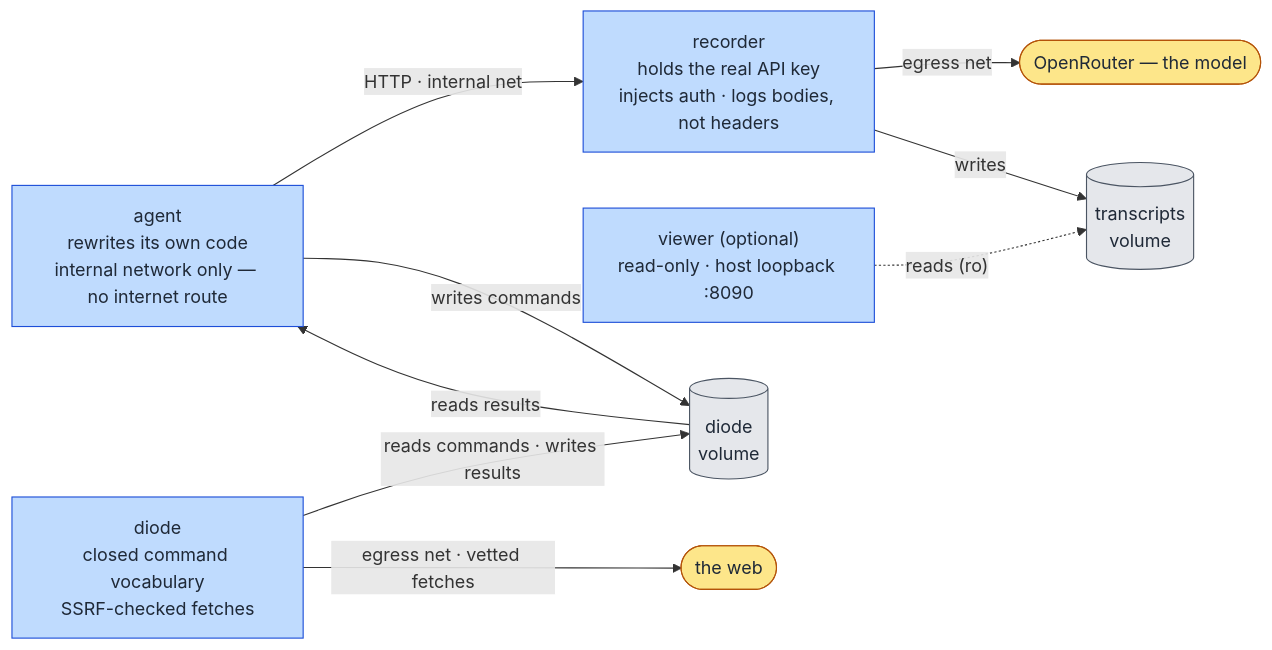
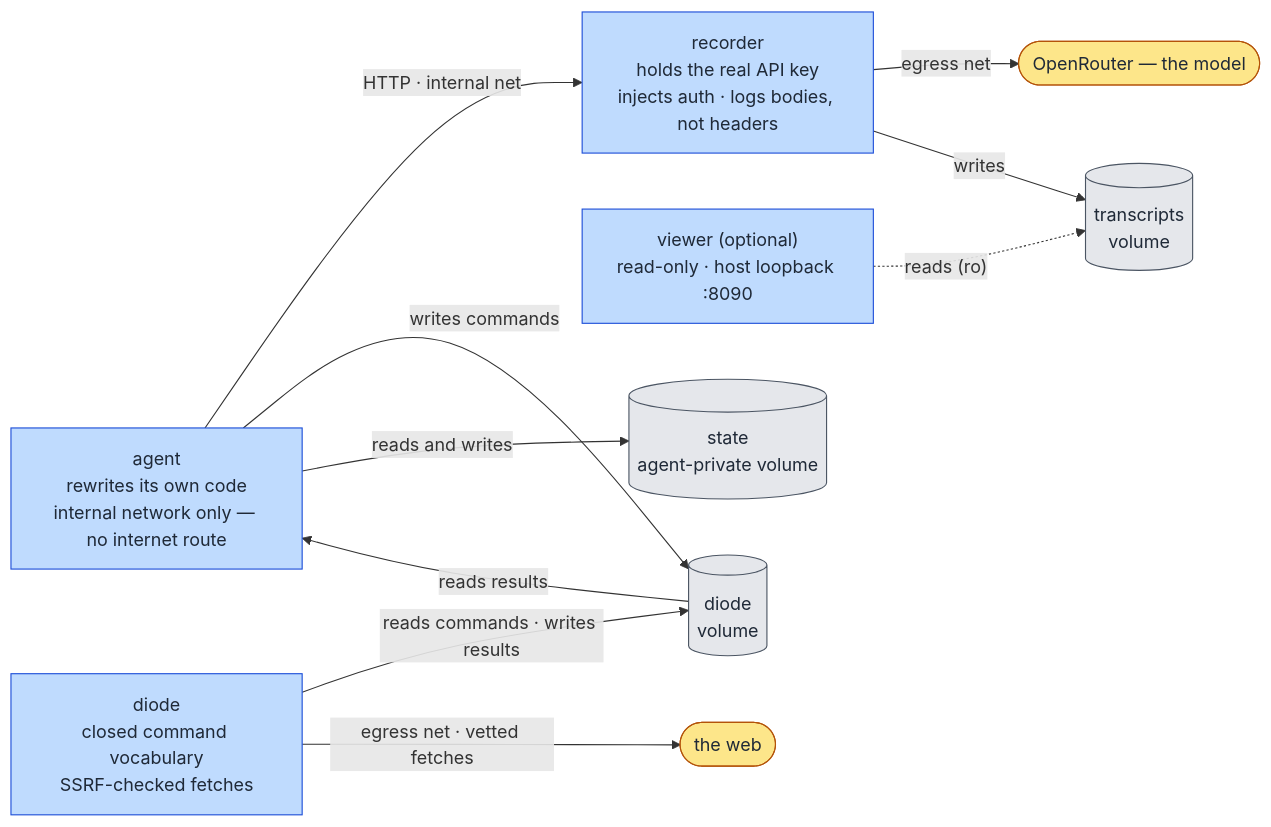
The diagram in README.md (tachyon-beep/aurora), drawn with Mermaid before and after one commit. The commit also changed other lines of this file and 1 other file, not shown here.

````diff
--- a/README.md
+++ b/README.md
@@ -38,30 +38,32 @@
 ```mermaid
 flowchart LR
     agent["agent<br/>rewrites its own code<br/>internal network only — no internet route"]
     recorder["recorder<br/>holds the real API key<br/>injects auth · logs bodies, not headers"]
     diode["diode<br/>closed command vocabulary<br/>SSRF-checked fetches"]
     viewer["viewer (optional)<br/>read-only · host loopback :8090"]
 
     tvol[("transcripts<br/>volume")]
     dvol[("diode<br/>volume")]
+    svol[("state<br/>agent-private volume")]
 
     model(["OpenRouter — the model"])
     web(["the web"])
 
     agent -- "HTTP · internal net" --> recorder
     recorder -- "egress net" --> model
     recorder -- "writes" --> tvol
     viewer -. "reads (ro)" .-> tvol
 
     agent -- "writes commands" --> dvol
     dvol -- "reads results" --> agent
     diode -- "reads commands · writes results" --> dvol
     diode -- "egress net · vetted fetches" --> web
+    agent -- "reads and writes" --> svol
 
     classDef external fill:#fde68a,stroke:#b45309,color:#1f2937;
     classDef contained fill:#bfdbfe,stroke:#1d4ed8,color:#1f2937;
     classDef vol fill:#e5e7eb,stroke:#4b5563,color:#1f2937;
     class model,web external;
     class agent,recorder,diode,viewer contained;
-    class tvol,dvol vol;
+    class tvol,dvol,svol vol;
 ```
````
